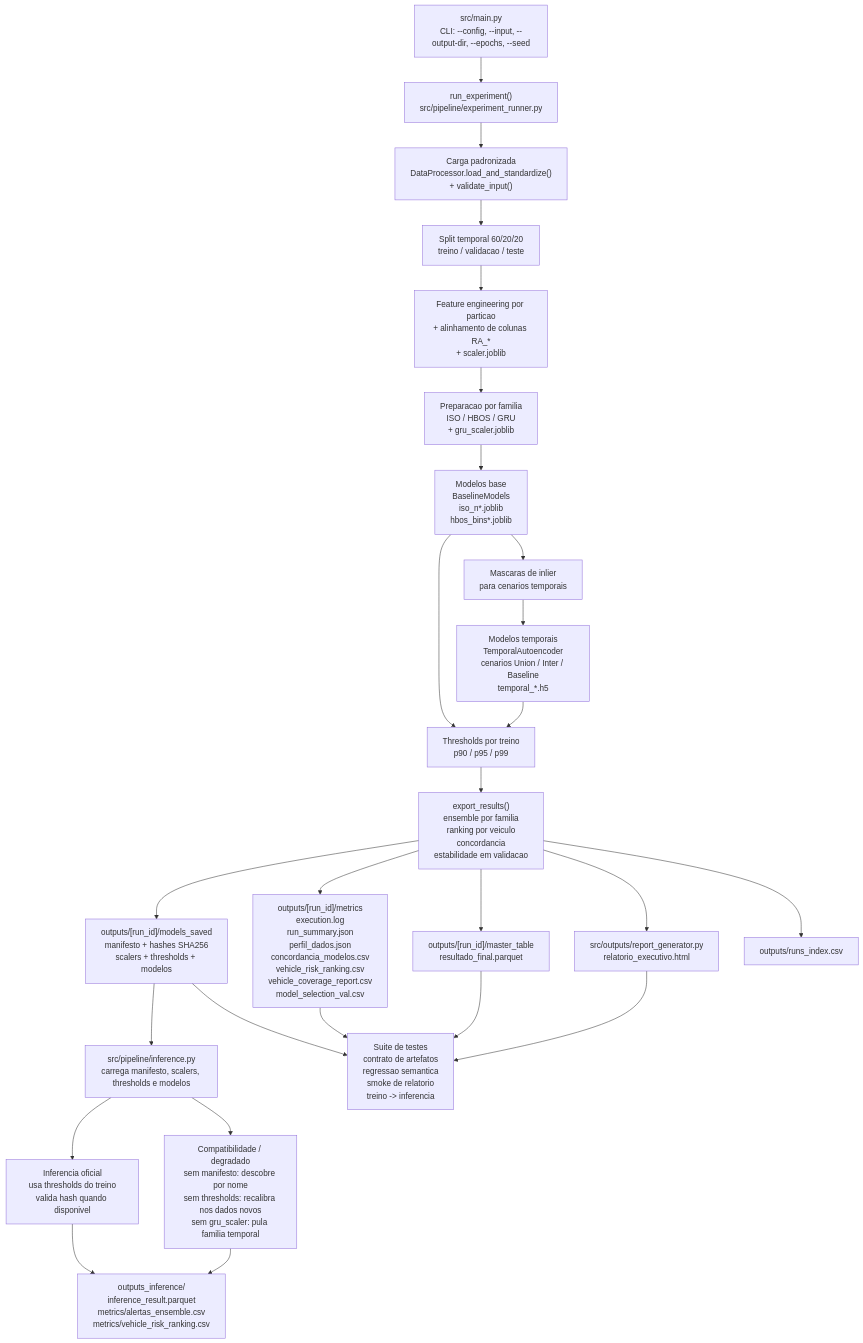
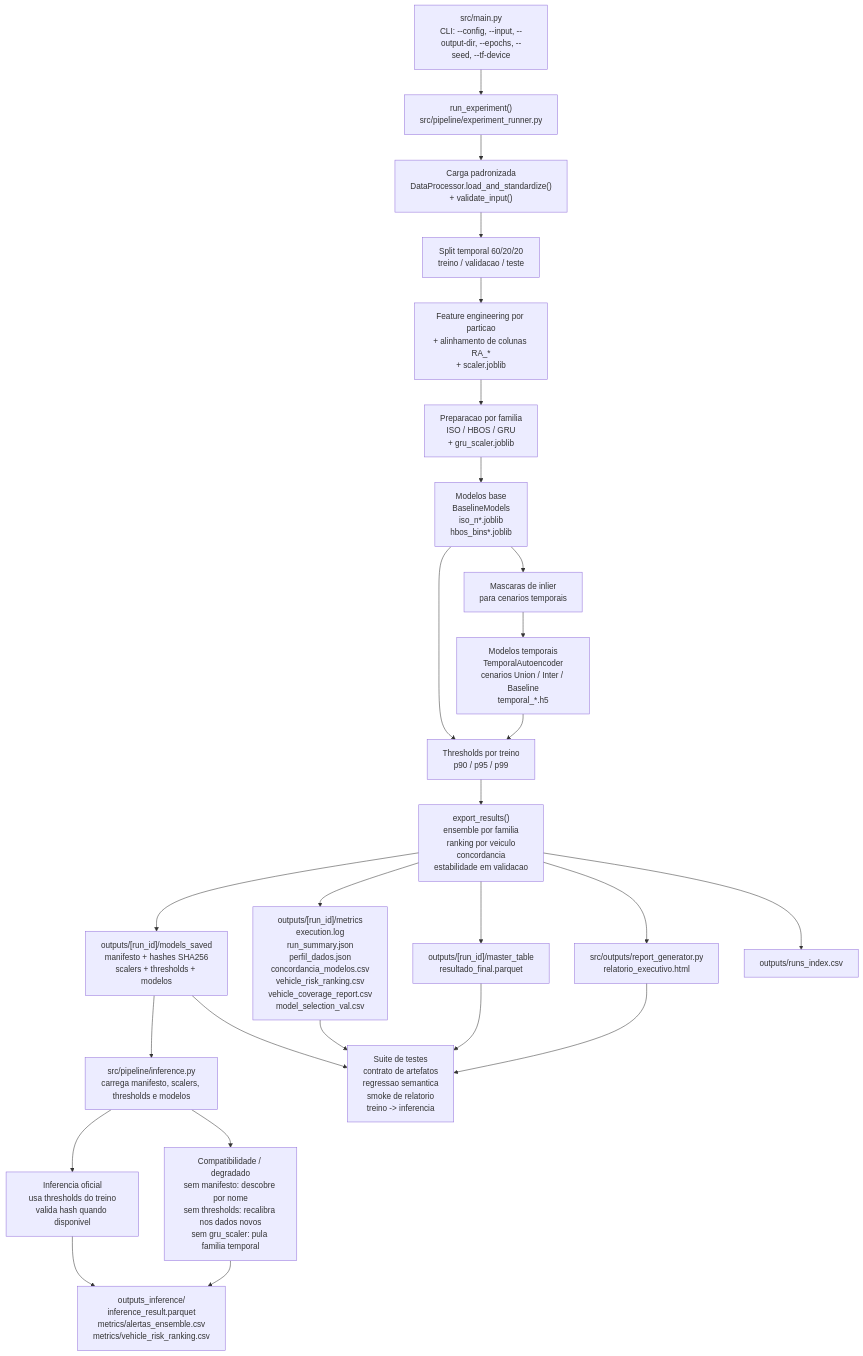
The diagram in README.md (Roger-Quinelato/Ensemble_SSP-DF), drawn with Mermaid before and after one commit. The commit also changed other lines of this file and 9 other files, not shown here.

````diff
--- a/README.md
+++ b/README.md
@@ -25,34 +25,34 @@
 ```mermaid
 flowchart TD
-    A["src/main.py<br/>CLI: --config, --input, --output-dir, --epochs, --seed"] --> B["run_experiment()<br/>src/pipeline/experiment_runner.py"]
+    A["src/main.py<br/>CLI: --config, --input, --output-dir, --epochs, --seed, --tf-device"] --> B["run_experiment()<br/>src/pipeline/experiment_runner.py"]
 
     B --> C["Carga padronizada<br/>DataProcessor.load_and_standardize()<br/>+ validate_input()"]
     C --> D["Split temporal 60/20/20<br/>treino / validacao / teste"]
     D --> E["Feature engineering por particao<br/>+ alinhamento de colunas RA_*<br/>+ scaler.joblib"]
     E --> F["Preparacao por familia<br/>ISO / HBOS / GRU<br/>+ gru_scaler.joblib"]
 
     F --> G["Modelos base<br/>BaselineModels<br/>iso_n*.joblib<br/>hbos_bins*.joblib"]
     G --> H["Thresholds por treino<br/>p90 / p95 / p99"]
     G --> I["Mascaras de inlier<br/>para cenarios temporais"]
 
     I --> J["Modelos temporais<br/>TemporalAutoencoder<br/>cenarios Union / Inter / Baseline<br/>temporal_*.h5"]
     J --> H
 
     H --> K["export_results()<br/>ensemble por familia<br/>ranking por veiculo<br/>concordancia<br/>estabilidade em validacao"]
     K --> L["outputs/[run_id]/models_saved<br/>manifesto + hashes SHA256<br/>scalers + thresholds + modelos"]
     K --> M["outputs/[run_id]/metrics<br/>execution.log<br/>run_summary.json<br/>perfil_dados.json<br/>concordancia_modelos.csv<br/>vehicle_risk_ranking.csv<br/>vehicle_coverage_report.csv<br/>model_selection_val.csv"]
     K --> N["outputs/[run_id]/master_table<br/>resultado_final.parquet"]
     K --> O["src/outputs/report_generator.py<br/>relatorio_executivo.html"]
     K --> P["outputs/runs_index.csv"]
 
     L --> Q["src/pipeline/inference.py<br/>carrega manifesto, scalers, thresholds e modelos"]
     Q --> R["Inferencia oficial<br/>usa thresholds do treino<br/>valida hash quando disponivel"]
     Q --> S["Compatibilidade / degradado<br/>sem manifesto: descobre por nome<br/>sem thresholds: recalibra nos dados novos<br/>sem gru_scaler: pula familia temporal"]
     R --> T["outputs_inference/<br/>inference_result.parquet<br/>metrics/alertas_ensemble.csv<br/>metrics/vehicle_risk_ranking.csv"]
     S --> T
 
     M --> U["Suite de testes<br/>contrato de artefatos<br/>regressao semantica<br/>smoke de relatorio<br/>treino -> inferencia"]
     L --> U
     N --> U
     O --> U
 ```
````
